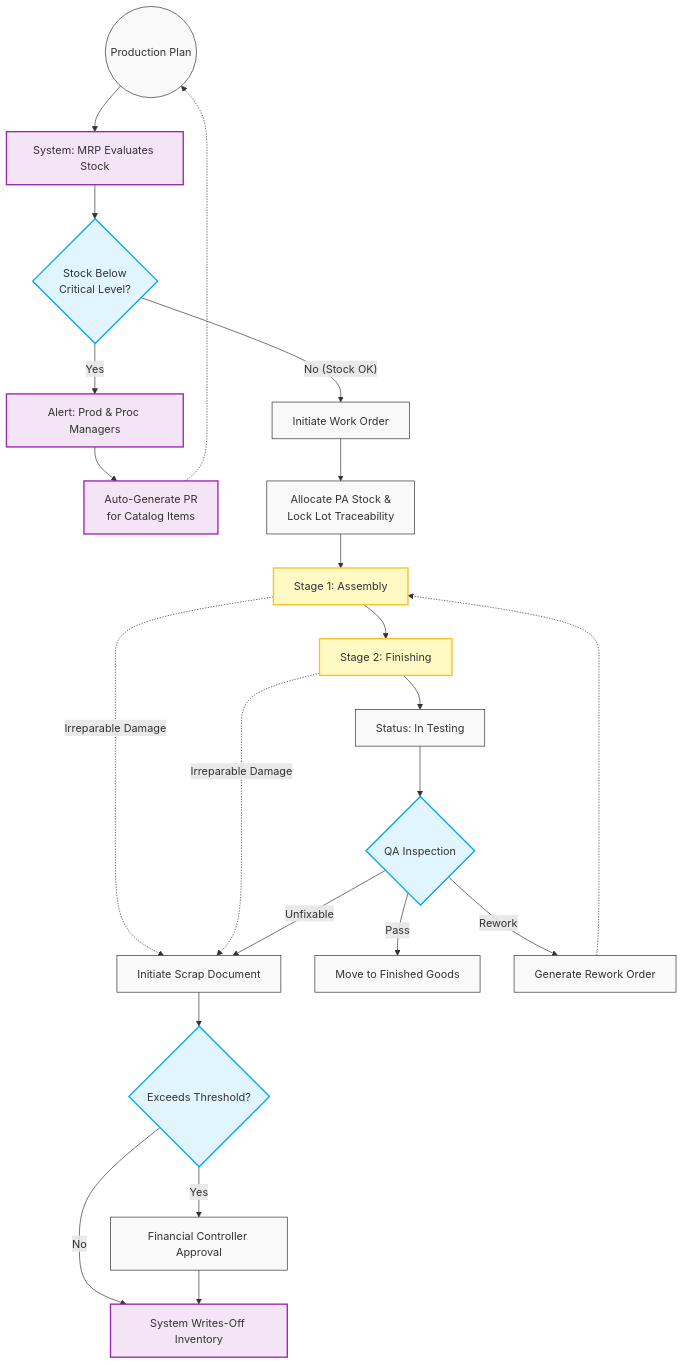
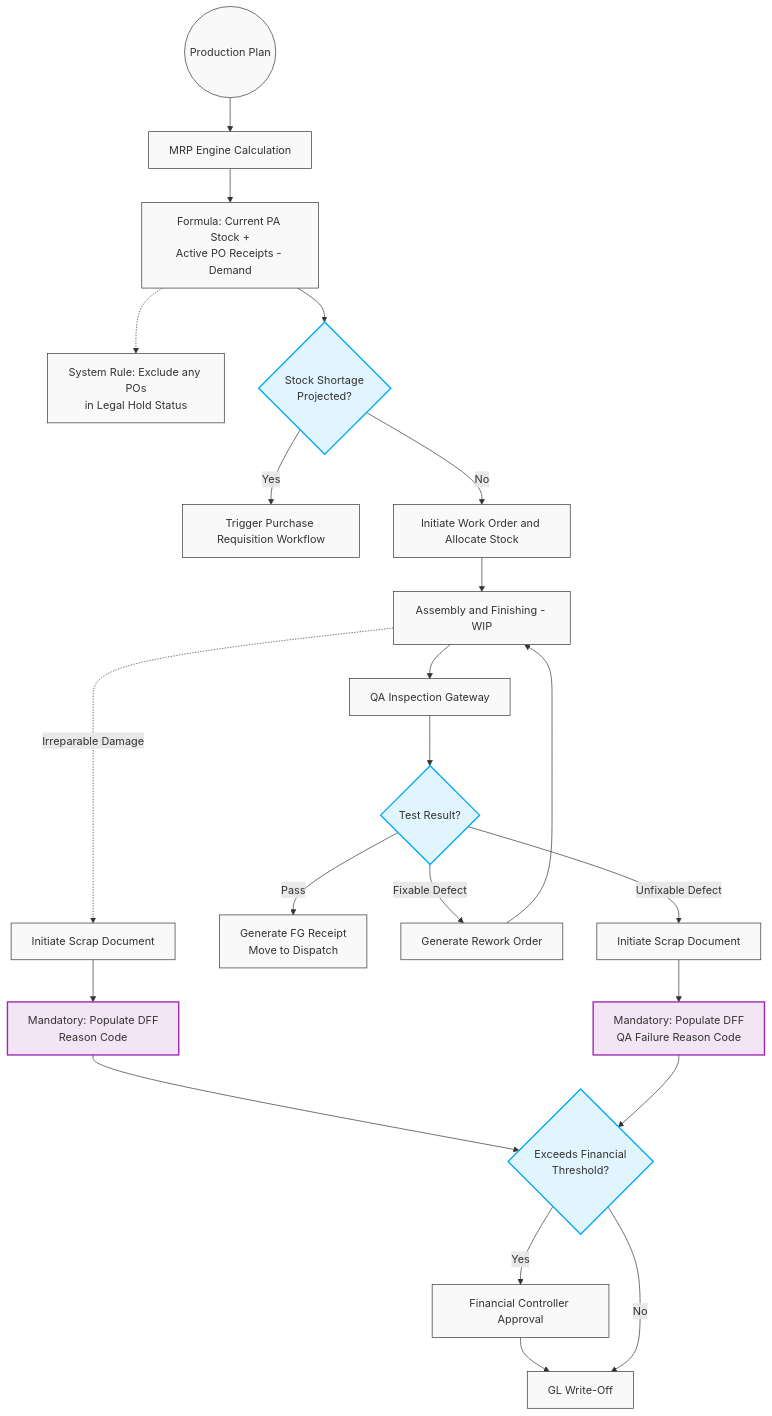
One commit to vikkimovcharenko/ERP-Lifecycle changed the diagram in 06_Manufacturing/601_Production_Execution.md. Above: the diagram before and after it, drawn with Mermaid. The commit also changed other lines of this file, not shown here.

````diff
--- a/06_Manufacturing/601_Production_Execution.md
+++ b/06_Manufacturing/601_Production_Execution.md
@@ -38,44 +37,36 @@
 ```mermaid
 flowchart TD
-    Plan((Production Plan)) --> MRP[System: MRP Evaluates Stock]
+    Plan((Production Plan)) --> MRP[MRP Engine Calculation]
     
-    %% MRP Loop
-    MRP --> StockCheck{Stock Below<br>Critical Level?}
-    StockCheck -- Yes --> Alert[Alert: Prod & Proc Managers]
-    Alert --> AutoPR[Auto-Generate PR<br>for Catalog Items]
-    AutoPR -.-> Plan
+    %% Core MRP Logic ensuring Legal Hold Exclusion
+    MRP --> Logic[Formula: Current PA Stock +<br>Active PO Receipts - Demand]
+    Logic -.-> Exclude[System Rule: Exclude any POs<br>in Legal Hold Status]
     
-    %% Execution
-    StockCheck -- No (Stock OK) --> WO[Initiate Work Order]
-    WO --> Alloc[Allocate PA Stock &<br>Lock Lot Traceability]
+    Logic --> Shortage{Stock Shortage<br>Projected?}
+    Shortage -- Yes --> PR[Trigger Purchase Requisition Workflow]
     
-    Alloc --> Stage1[Stage 1: Assembly]
-    Stage1 --> Stage2[Stage 2: Finishing]
+    Shortage -- No --> WO[Initiate Work Order and Allocate Stock]
+    WO --> Assembly[Assembly and Finishing - WIP]
     
-    %% Scrap & Rework
-    Stage1 -. Irreparable Damage .-> ScrapDoc[Initiate Scrap Document]
-    Stage2 -. Irreparable Damage .-> ScrapDoc
+    Assembly -. Irreparable Damage .-> Scrap1[Initiate Scrap Document]
+    Scrap1 --> DFF1[Mandatory: Populate DFF<br>Reason Code] --> FinCheck
     
-    Stage2 --> Test[Status: In Testing]
-    Test --> QA{QA Inspection}
+    Assembly --> QA[QA Inspection Gateway]
+    QA --> Result{Test Result?}
     
-    QA -- Pass --> FG[Move to Finished Goods]
-    QA -- Rework --> ReworkOrder[Generate Rework Order]
-    ReworkOrder -.-> Stage1
-    QA -- Unfixable --> ScrapDoc
+    Result -- Pass --> FG[Generate FG Receipt<br>Move to Dispatch]
+    Result -- Fixable Defect --> Rework[Generate Rework Order] --> Assembly
+    Result -- Unfixable Defect --> Scrap2[Initiate Scrap Document]
     
-    ScrapDoc --> FinCheck{Exceeds Threshold?}
-    FinCheck -- Yes --> FinApprove[Financial Controller Approval]
-    FinCheck -- No --> WriteOff[System Writes-Off Inventory]
-    FinApprove --> WriteOff
+    Scrap2 --> DFF2[Mandatory: Populate DFF<br>QA Failure Reason Code]
+    DFF2 --> FinCheck{Exceeds Financial<br>Threshold?}
+    
+    FinCheck -- Yes --> CFO[Financial Controller Approval] --> WriteOff[GL Write-Off]
+    FinCheck -- No --> WriteOff
 
     classDef default fill:#f9f9f9,stroke:#333,stroke-width:1px;
     classDef decision fill:#e1f5fe,stroke:#03a9f4,stroke-width:2px;
     classDef sysAction fill:#f3e5f5,stroke:#9c27b0,stroke-width:2px;
-    classDef highlight fill:#fff9c4,stroke:#fbc02d,stroke-width:2px;
-    
-    class StockCheck,QA,FinCheck decision;
-    class MRP,Alert,AutoPR,WriteOff sysAction;
-    class Stage1,Stage2 highlight;
-
+    class Shortage,Result,FinCheck decision;
+    class DFF1,DFF2 sysAction;
 ```
````
